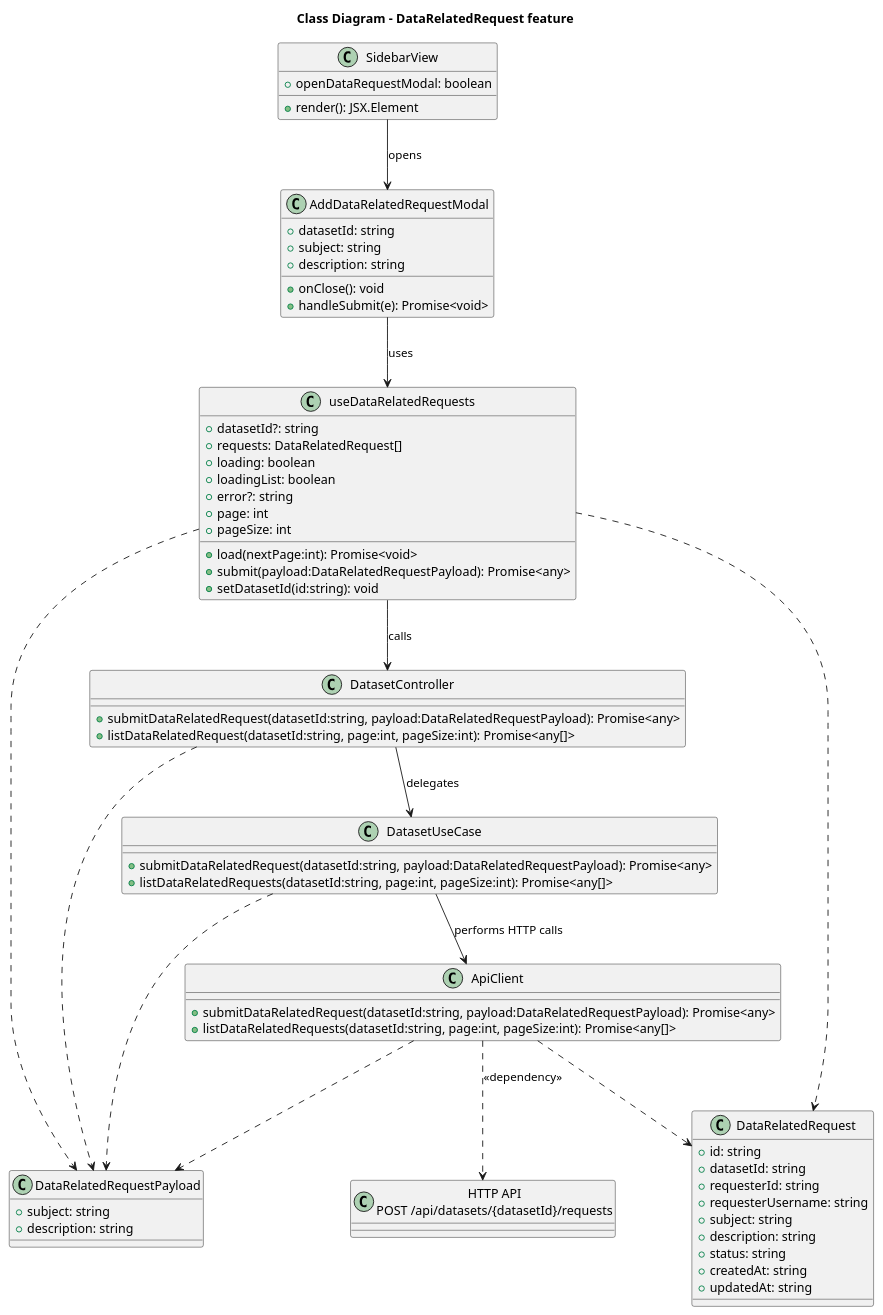
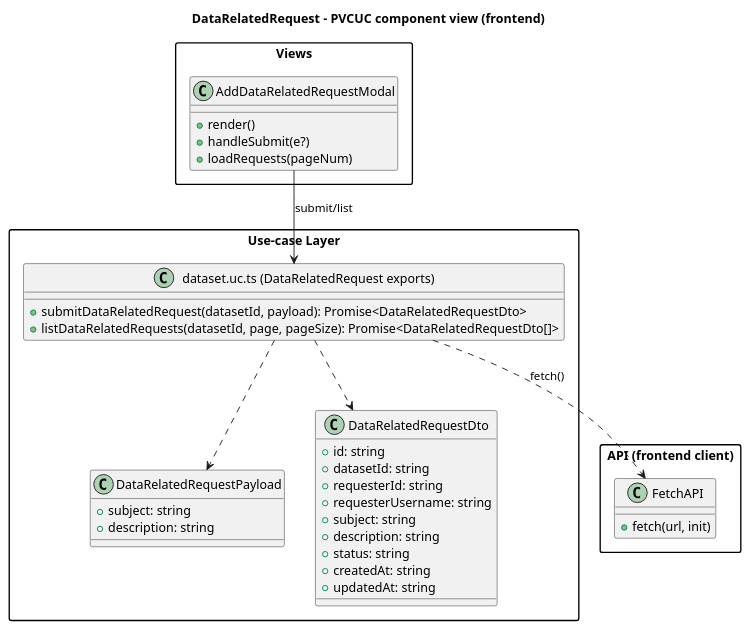
The diagram in diagrams/class/dataRelatedRequestModule.puml (POP2025-EEPW/doorce-frontend), drawn with PlantUML before and after one commit. The commit also changed 4 other files, not shown here.

Commit message:
fix: dataRelatedRequest module. separate browse+show requests. fix diagram

```diff
--- a/diagrams/class/dataRelatedRequestModule.puml
+++ b/diagrams/class/dataRelatedRequestModule.puml
@@ -1,75 +1,48 @@
 @startuml
-title Class Diagram - DataRelatedRequest feature
+title DataRelatedRequest - PVCUC component view (frontend)
 
-class AddDataRelatedRequestModal {
-  +datasetId: string
-  +subject: string
-  +description: string
-  +onClose(): void
-  +handleSubmit(e): Promise<void>
+skinparam packageStyle rectangle
+
+package "Views" {
+  class AddDataRelatedRequestModal {
+    +render()
+    +handleSubmit(e?)
+    +loadRequests(pageNum)
+  }
 }
 
-class SidebarView {
-  +openDataRequestModal: boolean
-  +render(): JSX.Element
+package "Use-case Layer" {
+  class "dataset.uc.ts (DataRelatedRequest exports)" as DataRelatedRequestApiFns {
+    +submitDataRelatedRequest(datasetId, payload): Promise<DataRelatedRequestDto>
+    +listDataRelatedRequests(datasetId, page, pageSize): Promise<DataRelatedRequestDto[]>
+  }
+
+  class DataRelatedRequestPayload {
+    +subject: string
+    +description: string
+  }
+
+  class DataRelatedRequestDto {
+    +id: string
+    +datasetId: string
+    +requesterId: string
+    +requesterUsername: string
+    +subject: string
+    +description: string
+    +status: string
+    +createdAt: string
+    +updatedAt: string
+  }
 }
 
-class useDataRelatedRequests {
-  +datasetId?: string
-  +requests: DataRelatedRequest[]
-  +loading: boolean
-  +loadingList: boolean
-  +error?: string
-  +page: int
-  +pageSize: int
-  +load(nextPage:int): Promise<void>
-  +submit(payload:DataRelatedRequestPayload): Promise<any>
-  +setDatasetId(id:string): void
+package "API (frontend client)" {
+  class FetchAPI {
+    +fetch(url, init)
+  }
 }
 
-class DatasetController {
-  +submitDataRelatedRequest(datasetId:string, payload:DataRelatedRequestPayload): Promise<any>
-  +listDataRelatedRequest(datasetId:string, page:int, pageSize:int): Promise<any[]>
-}
-
-class DatasetUseCase {
-  +submitDataRelatedRequest(datasetId:string, payload:DataRelatedRequestPayload): Promise<any>
-  +listDataRelatedRequests(datasetId:string, page:int, pageSize:int): Promise<any[]>
-}
-
-class ApiClient {
-  +submitDataRelatedRequest(datasetId:string, payload:DataRelatedRequestPayload): Promise<any>
-  +listDataRelatedRequests(datasetId:string, page:int, pageSize:int): Promise<any[]>
-}
-
-class DataRelatedRequestPayload {
-  +subject: string
-  +description: string
-}
-
-class DataRelatedRequest {
-  +id: string
-  +datasetId: string
-  +requesterId: string
-  +requesterUsername: string
-  +subject: string
-  +description: string
-  +status: string
-  +createdAt: string
-  +updatedAt: string
-}
-
-AddDataRelatedRequestModal --> useDataRelatedRequests : uses
-useDataRelatedRequests --> DatasetController : calls
-DatasetController --> DatasetUseCase : delegates
-DatasetUseCase --> ApiClient : performs HTTP calls
-ApiClient ..> "HTTP API\nPOST /api/datasets/{datasetId}/requests" : <<dependency>>
-SidebarView --> AddDataRelatedRequestModal : opens
-
-useDataRelatedRequests ..> DataRelatedRequestPayload
-useDataRelatedRequests ..> DataRelatedRequest
-DatasetController ..> DataRelatedRequestPayload
-DatasetUseCase ..> DataRelatedRequestPayload
-ApiClient ..> DataRelatedRequestPayload
-ApiClient ..> DataRelatedRequest
+AddDataRelatedRequestModal --> DataRelatedRequestApiFns : submit/list
+DataRelatedRequestApiFns ..> FetchAPI : fetch()
+DataRelatedRequestApiFns ..> DataRelatedRequestPayload
+DataRelatedRequestApiFns ..> DataRelatedRequestDto
 @enduml
```
